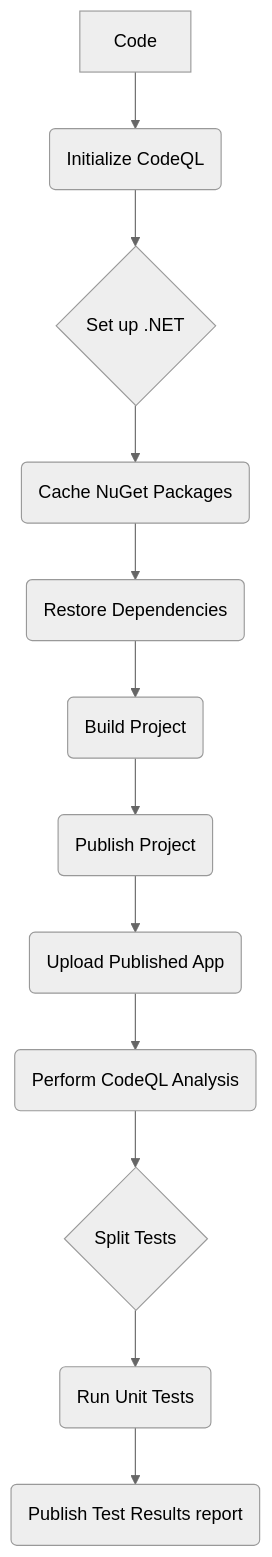
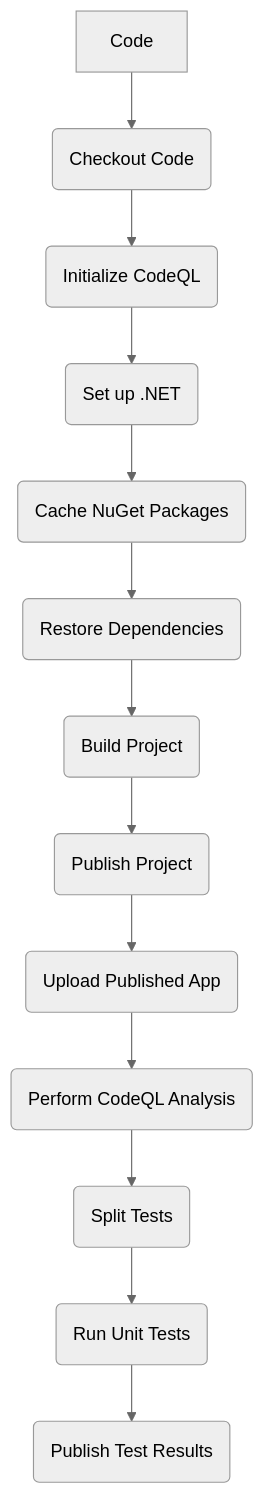
Before and after one commit to octodemo/dotnet-razor-pages-movie: the first of 2 diagrams in README.md, drawn with Mermaid (neutral theme). The commit also changed other lines of this file, not shown here.

````diff
--- a/README.md
+++ b/README.md
@@ -29,14 +30,15 @@
 ```mermaid
 graph TD
-    A[Code] --> B(Initialize CodeQL)
-    B --> C{Set up .NET}
-    C --> D(Cache NuGet Packages)
-    D --> E(Restore Dependencies)
-    E --> F(Build Project)
-    F --> G(Publish Project)
-    G --> H(Upload Published App)
-    H --> I(Perform CodeQL Analysis)
-    I --> J{Split Tests}
-    J --> K(Run Unit Tests)
-    K --> L(Publish Test Results report)
+    A[Code] --> B(Checkout Code)
+    B --> C(Initialize CodeQL)
+    C --> D(Set up .NET)
+    D --> E(Cache NuGet Packages)
+    E --> F(Restore Dependencies)
+    F --> G(Build Project)
+    G --> H(Publish Project)
+    H --> I(Upload Published App)
+    I --> J(Perform CodeQL Analysis)
+    J --> K(Split Tests)
+    K --> L(Run Unit Tests)
+    L --> M(Publish Test Results)
 ```
````
